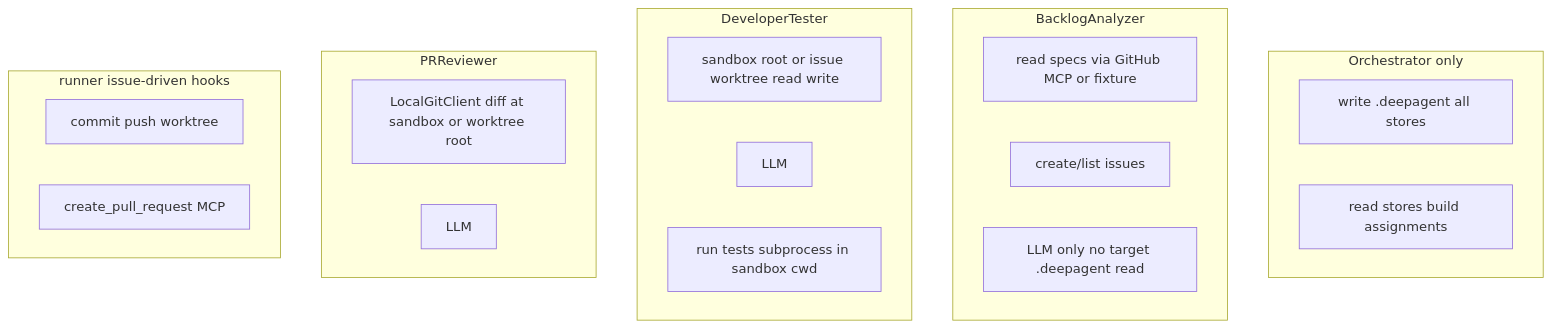
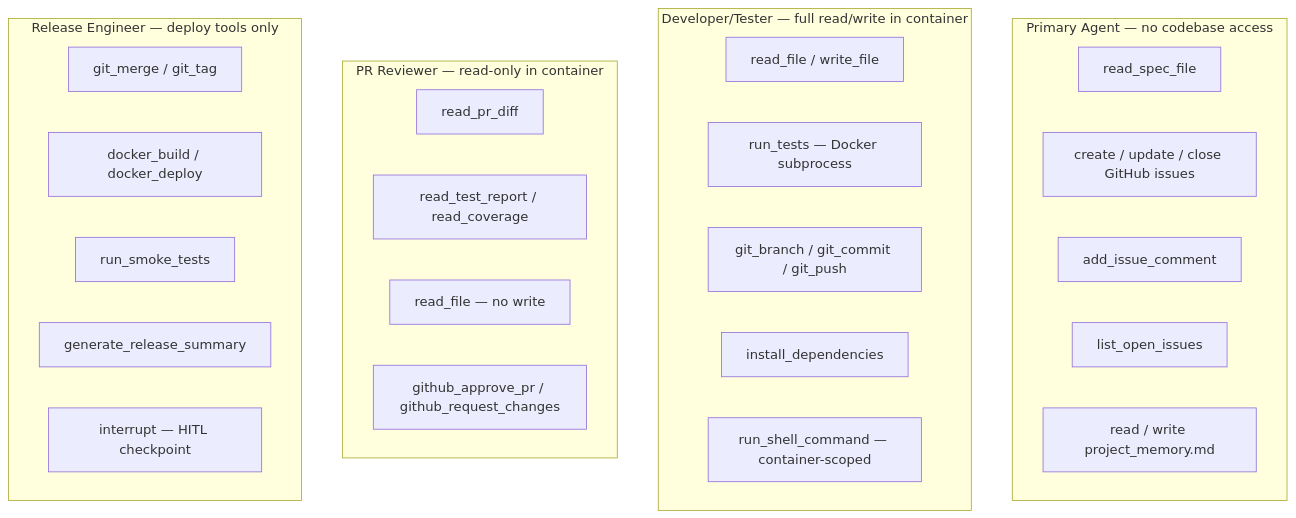
Before and after one commit to madeehrehman/sdlc_agent: the tenth of 10 diagrams in system-design.md, drawn with Mermaid. The commit also changed other lines of this file and 3 other files, not shown here.

Commit message:
docs: rewrite all architecture and system design docs for v2 LangGraph system

````diff
--- a/system-design.md
+++ b/system-design.md
@@ -406,29 +270,33 @@
 ```mermaid
 flowchart TB
-  subgraph Orchestrator_only["Orchestrator only"]
-    W[write .deepagent all stores]
-    R[read stores build assignments]
+  subgraph Primary["Primary Agent — no codebase access"]
+    P1[read_spec_file]
+    P2[create / update / close GitHub issues]
+    P3[add_issue_comment]
+    P4[list_open_issues]
+    P5[read / write project_memory.md]
   end
 
-  subgraph BA["BacklogAnalyzer"]
-    B1[read specs via GitHub MCP or fixture]
-    B2[create/list issues]
-    B3[LLM only no target .deepagent read]
+  subgraph Dev["Developer/Tester — full read/write in container"]
+    D1[read_file / write_file]
+    D2[run_tests — Docker subprocess]
+    D3[git_branch / git_commit / git_push]
+    D4[install_dependencies]
+    D5[run_shell_command — container-scoped]
   end
 
-  subgraph DV["DeveloperTester"]
-    D1[sandbox root or issue worktree read write]
-    D2[LLM]
-    D3[run tests subprocess in sandbox cwd]
+  subgraph Rev["PR Reviewer — read-only in container"]
+    R1[read_pr_diff]
+    R2[read_test_report / read_coverage]
+    R3[read_file — no write]
+    R4[github_approve_pr / github_request_changes]
   end
 
-  subgraph PRr["PRReviewer"]
-    P1[LocalGitClient diff at sandbox or worktree root]
-    P2[LLM]
-  end
-
-  subgraph Runner_only["runner issue-driven hooks"]
-    H1[commit push worktree]
-    H2[create_pull_request MCP]
+  subgraph Rel["Release Engineer — deploy tools only"]
+    RL1[git_merge / git_tag]
+    RL2[docker_build / docker_deploy]
+    RL3[run_smoke_tests]
+    RL4[generate_release_summary]
+    RL5[interrupt — HITL checkpoint]
   end
 ```
````
